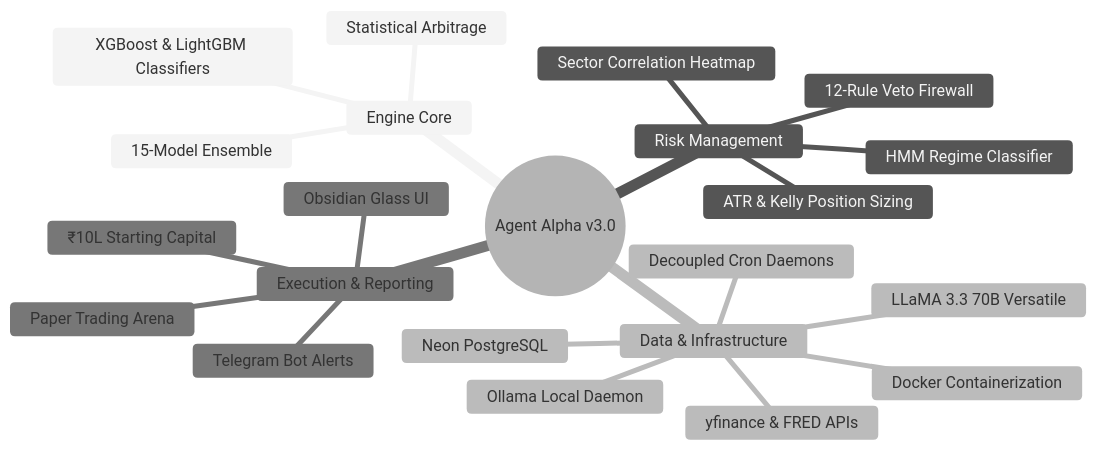
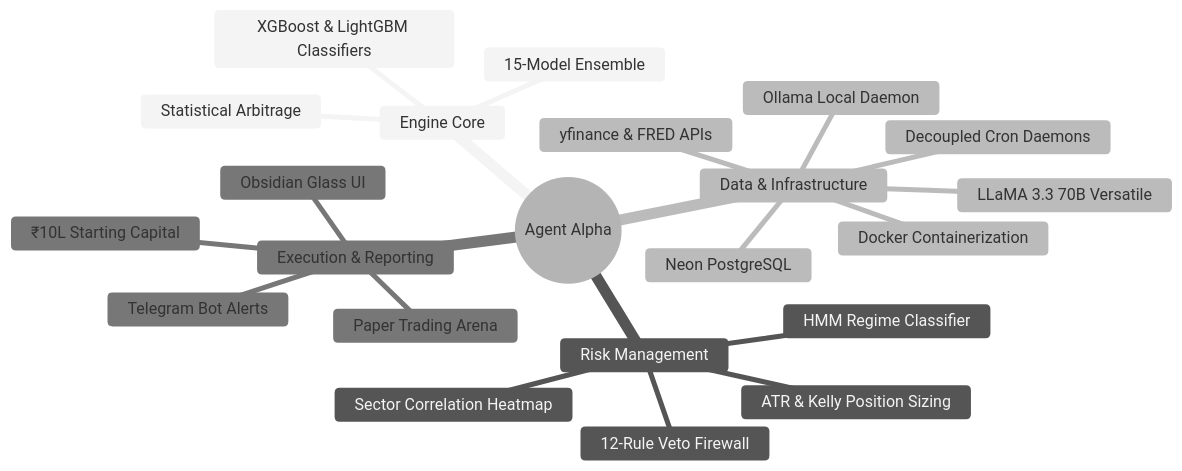
The first of 4 diagrams in README.md (SaiSiddharthBS/MarketAnalyser), drawn with Mermaid (neutral theme) before and after one commit.

Commit message:
Update mindmap root version in README.md

````diff
--- a/README.md
+++ b/README.md
@@ -67,25 +67,25 @@
 ```mermaid
 mindmap
-  root((Agent Alpha v3.0))
+  root((Agent Alpha))
     Engine Core
       15-Model Ensemble
       XGBoost & LightGBM Classifiers
       Statistical Arbitrage
     Risk Management
       HMM Regime Classifier
       12-Rule Veto Firewall
       Sector Correlation Heatmap
       ATR & Kelly Position Sizing
     Data & Infrastructure
       Ollama Local Daemon
       LLaMA 3.3 70B Versatile
       yfinance & FRED APIs
       Neon PostgreSQL
       Docker Containerization
       Decoupled Cron Daemons
     Execution & Reporting
       Paper Trading Arena
       ₹10L Starting Capital
       Telegram Bot Alerts
       Obsidian Glass UI
 ```
````
